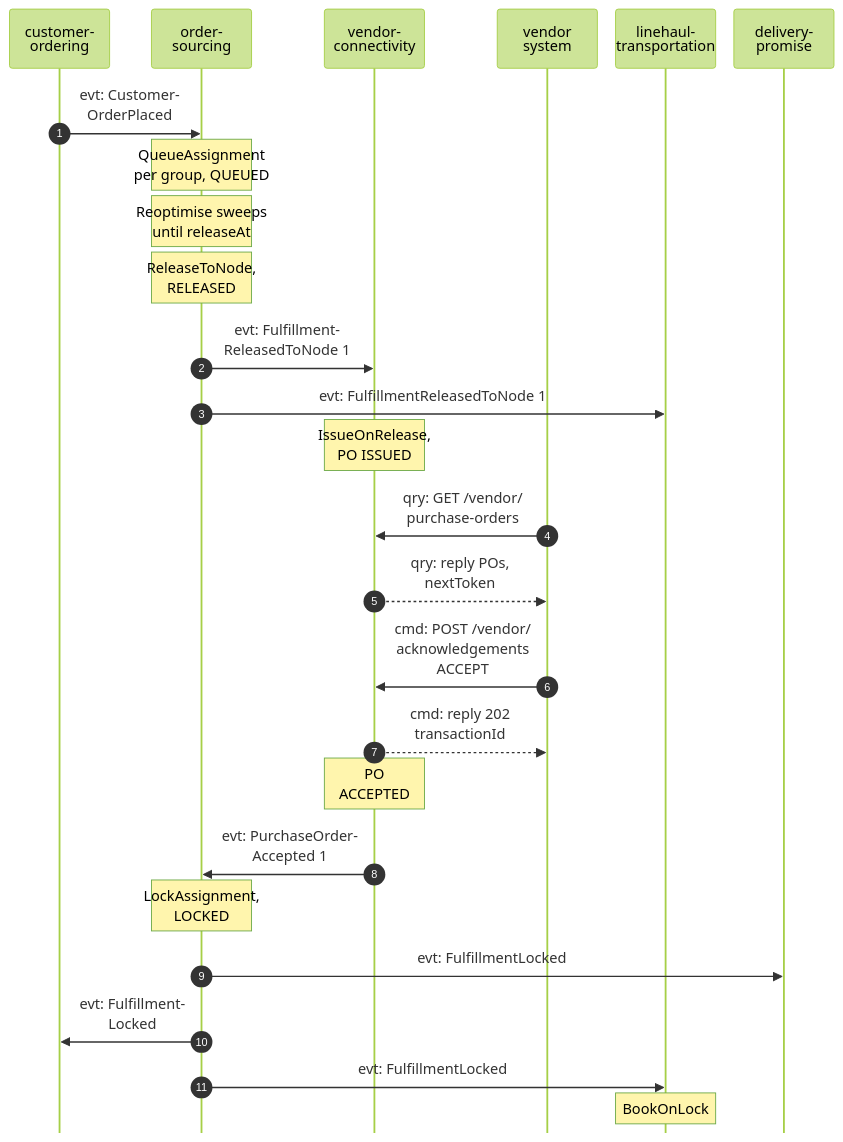
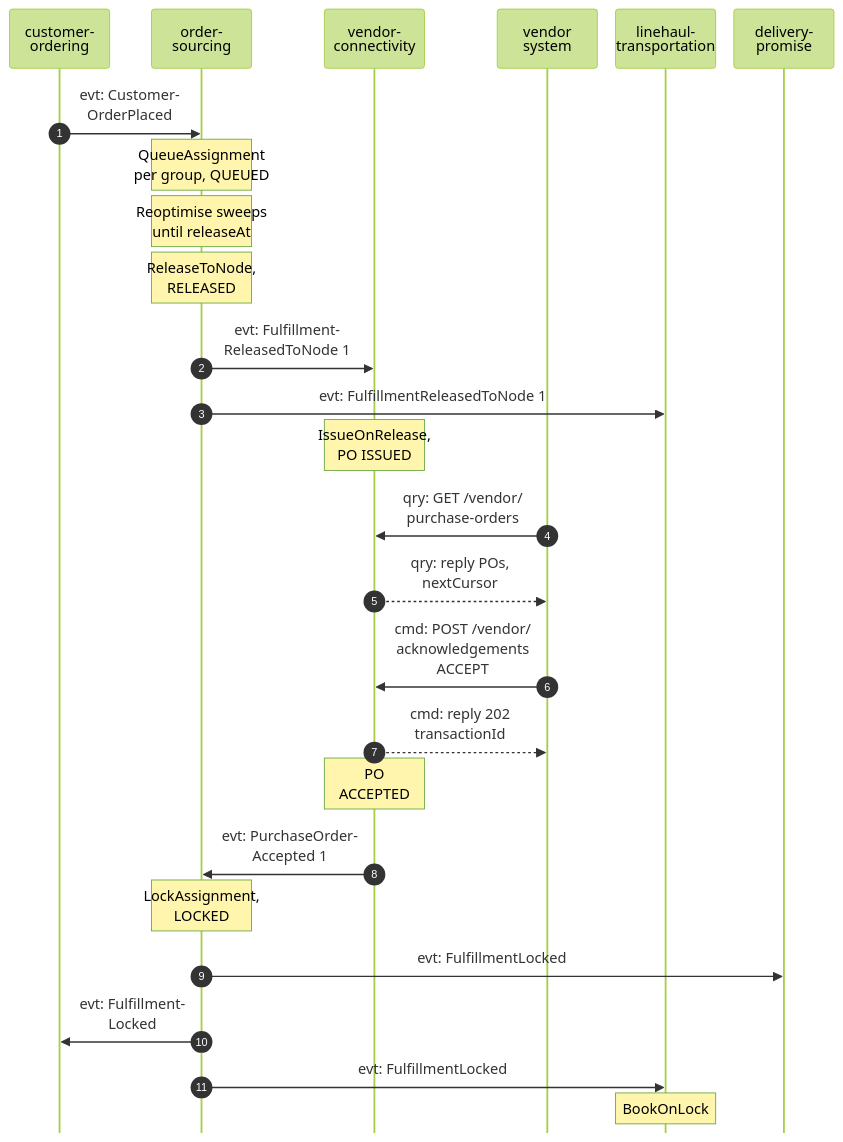
One commit to IQVO/warehouse-docs changed the first of 4 diagrams in network/docs/contexts/order-sourcing/domain-message-flow.md. Above: the diagram before and after it, drawn with Mermaid (forest theme). The commit also changed 272 other files, not shown here.

First line of the commit message:
docs: replace retired REST routes and vocabulary in hand-written pages (:verb routes, nextToken, X-Action-Id)

````diff
--- a/network/docs/contexts/order-sourcing/domain-message-flow.md
+++ b/network/docs/contexts/order-sourcing/domain-message-flow.md
@@ -33,29 +33,29 @@
 ```mermaid
 %%{init: {"sequence": {"wrap": true, "width": 110, "actorMargin": 20, "messageMargin": 28, "boxMargin": 6, "noteMargin": 6, "mirrorActors": false}}}%%
 sequenceDiagram
     autonumber
     participant CO as customer-<br/>ordering
     participant OS as order-<br/>sourcing
     participant VC as vendor-<br/>connectivity
     participant V as vendor<br/>system
     participant LH as linehaul-<br/>transportation
     participant DP as delivery-<br/>promise
     CO->>OS: evt: Customer-<br/>OrderPlaced
     Note over OS: QueueAssignment<br/>per group, QUEUED
     Note over OS: Reoptimise sweeps<br/>until releaseAt
     Note over OS: ReleaseToNode,<br/>RELEASED
     OS->>VC: evt: Fulfillment-<br/>ReleasedToNode 1
     OS->>LH: evt: FulfillmentReleasedToNode 1
     Note over VC: IssueOnRelease,<br/>PO ISSUED
     V->>VC: qry: GET /vendor/<br/>purchase-orders
-    VC-->>V: qry: reply POs,<br/>nextToken
+    VC-->>V: qry: reply POs,<br/>nextCursor
     V->>VC: cmd: POST /vendor/<br/>acknowledgements<br/>ACCEPT
     VC-->>V: cmd: reply 202<br/>transactionId
     Note over VC: PO ACCEPTED
     VC->>OS: evt: PurchaseOrder-<br/>Accepted 1
     Note over OS: LockAssignment,<br/>LOCKED
     OS->>DP: evt: FulfillmentLocked
     OS->>CO: evt: Fulfillment-<br/>Locked
     OS->>LH: evt: FulfillmentLocked
     Note over LH: BookOnLock
 ```
````
